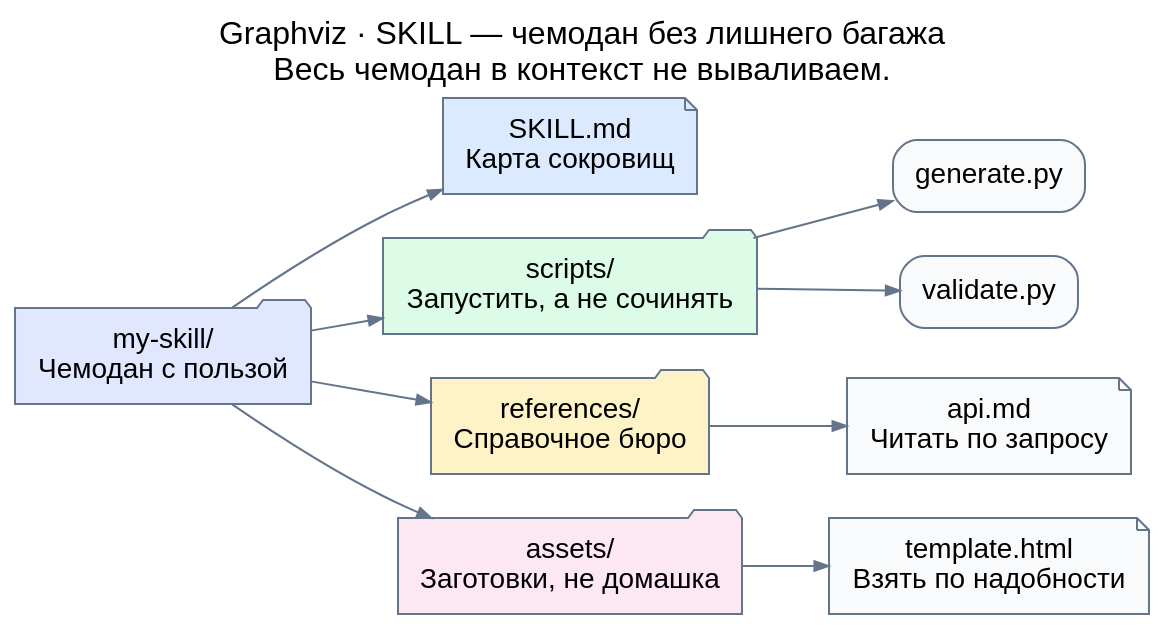
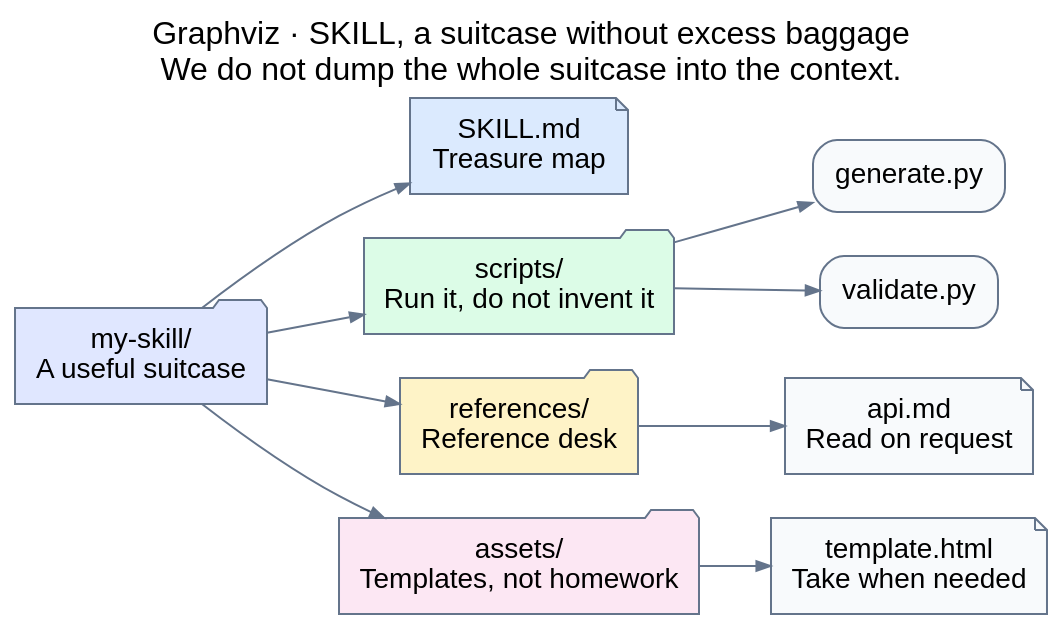
One commit to evgenyigumnov/blueprint4llm changed the third of 4 diagrams in article.en.md. Above: the diagram before and after it, drawn with Graphviz. The commit also changed other lines of this file, not shown here.

````diff
--- a/article.en.md
+++ b/article.en.md
@@ -237,25 +237,25 @@
 ```graphviz
 digraph SkillSuitcase {
   graph [rankdir=LR, bgcolor="transparent", pad="0.25", nodesep="0.3", ranksep="0.5",
-         label="Graphviz · SKILL — чемодан без лишнего багажа\nВесь чемодан в контекст не вываливаем.", labelloc=t,
+         label="Graphviz · SKILL, a suitcase without excess baggage\nWe do not dump the whole suitcase into the context.", labelloc=t,
          fontname="Arial", fontsize=16];
   node [shape=box, style="rounded,filled", fontname="Arial", fontsize=14,
         color="#64748b", fillcolor="#f8fafc", margin="0.16,0.12"];
   edge [color="#64748b", arrowsize=0.7];
 
-  root [shape=folder, fillcolor="#e0e7ff", label="my-skill/\nЧемодан с пользой"];
-  skill [shape=note, fillcolor="#dbeafe", label="SKILL.md\nКарта сокровищ"];
-  scripts [shape=folder, fillcolor="#dcfce7", label="scripts/\nЗапустить, а не сочинять"];
-  references [shape=folder, fillcolor="#fef3c7", label="references/\nСправочное бюро"];
-  assets [shape=folder, fillcolor="#fce7f3", label="assets/\nЗаготовки, не домашка"];
+  root [shape=folder, fillcolor="#e0e7ff", label="my-skill/\nA useful suitcase"];
+  skill [shape=note, fillcolor="#dbeafe", label="SKILL.md\nTreasure map"];
+  scripts [shape=folder, fillcolor="#dcfce7", label="scripts/\nRun it, do not invent it"];
+  references [shape=folder, fillcolor="#fef3c7", label="references/\nReference desk"];
+  assets [shape=folder, fillcolor="#fce7f3", label="assets/\nTemplates, not homework"];
   generate [label="generate.py"];
   validate [label="validate.py"];
-  api [shape=note, label="api.md\nЧитать по запросу"];
-  template [shape=note, label="template.html\nВзять по надобности"];
+  api [shape=note, label="api.md\nRead on request"];
+  template [shape=note, label="template.html\nTake when needed"];
 
   root -> {skill scripts references assets};
   scripts -> {generate validate};
   references -> api;
   assets -> template;
 }
 ```
````
